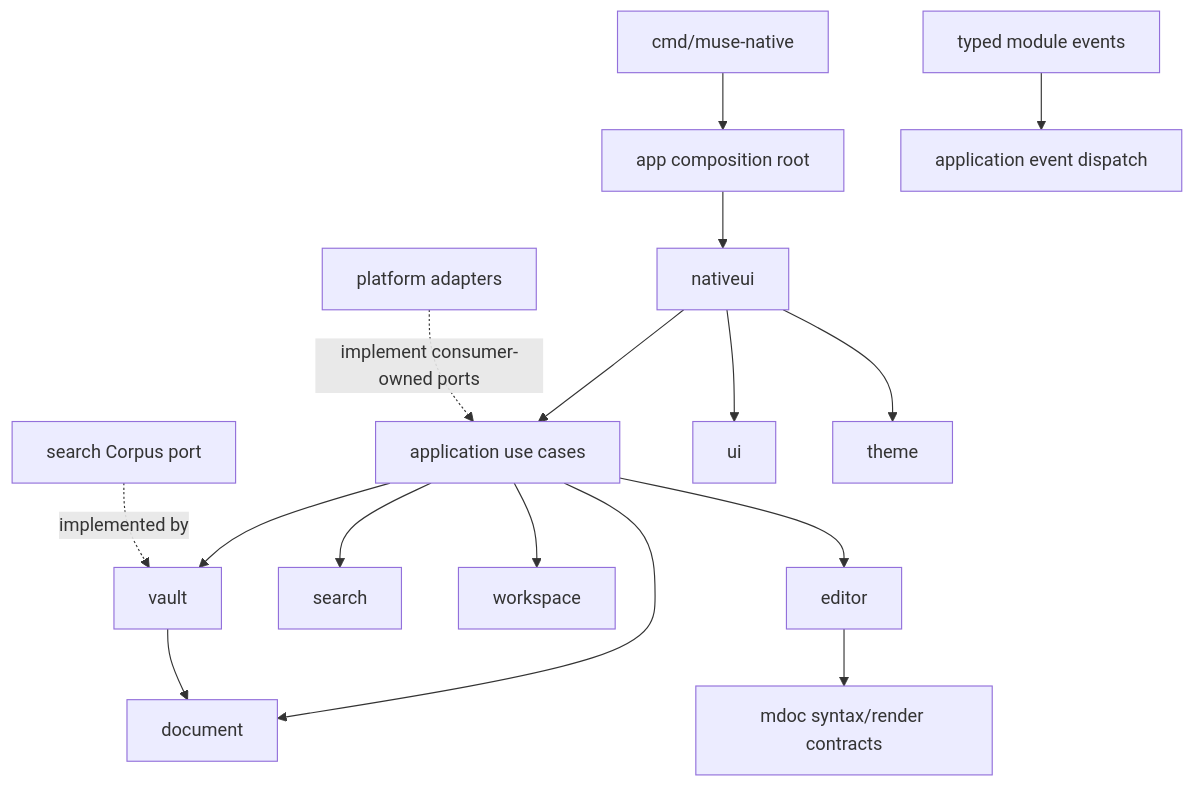
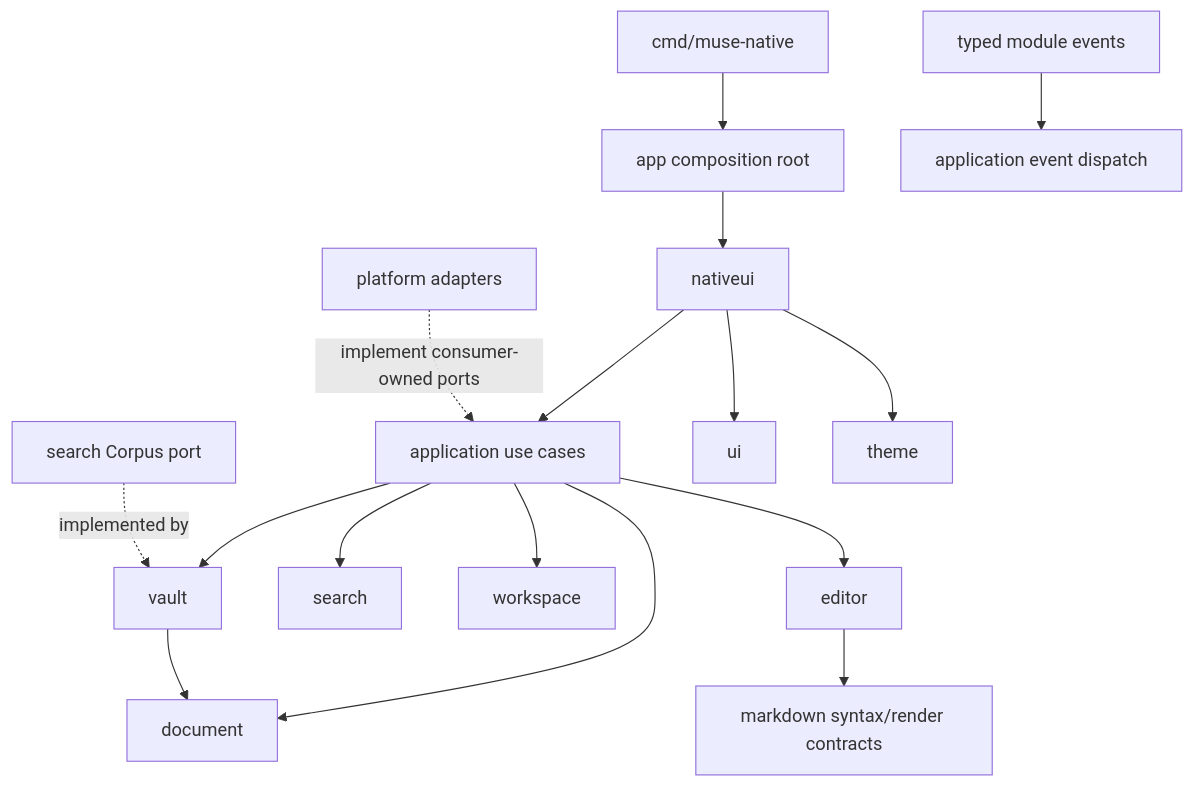
The diagram in docs/architecture.md (wheregrassdreams/muse), drawn with Mermaid before and after one commit. The commit also changed other lines of this file and 2 other files, not shown here.

Commit message:
docs: clarify markdown and storage module boundaries

````diff
--- a/docs/architecture.md
+++ b/docs/architecture.md
@@ -93,18 +95,18 @@
 ```mermaid
 flowchart TD
   Cmd[cmd/muse-native] --> App[app composition root]
   App --> UI[nativeui]
   UI --> UseCases[application use cases]
   UseCases --> Document[document]
   UseCases --> Vault[vault]
   UseCases --> Search[search]
   UseCases --> Workspace[workspace]
   UseCases --> Editor[editor]
-  Editor --> MDoc[mdoc syntax/render contracts]
+  Editor --> Markdown[markdown syntax/render contracts]
   Vault --> Document
   SearchPort[search Corpus port] -.implemented by.-> Vault
   Platform[platform adapters] -.implement consumer-owned ports.-> UseCases
   UI --> SharedUI[ui]
   UI --> Theme[theme]
   DomainEvents[typed module events] --> Dispatcher[application event dispatch]
 ```
````
